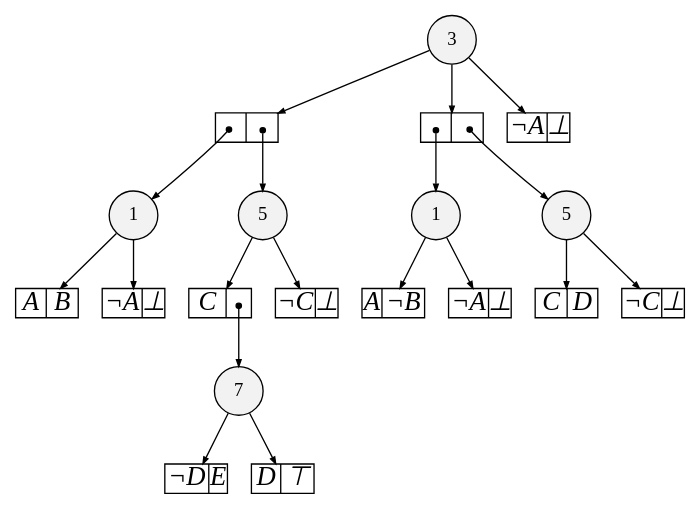
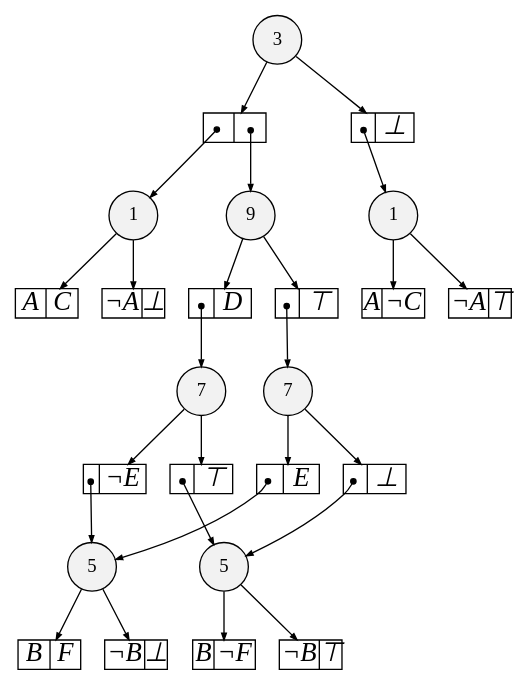
One commit to Soichi-Utsunomiya/FTA-by-SDD changed the diagram in output/sample_sdd.dot. Above: the diagram before and after it, drawn with Graphviz. The commit also changed 16 other files, not shown here.

```diff
--- a/output/sample_sdd.dot
+++ b/output/sample_sdd.dot
@@ -3,90 +3,15 @@
 
 overlap=false
 
-{rank=same; n23 }
-{rank=same; n14 n24 }
 {rank=same; n25 }
-{rank=same; n22 n16 }
+{rank=same; n24 n22 }
+{rank=same; n19 n21 }
+{rank=same; n26 }
+{rank=same; n16 n15 }
 
-n23 [label= "7",style=filled,fillcolor=gray95,shape=circle,height=.25,width=.25]; 
-n23e0
-      [label= "<L>&not;D|<R>E",
-      shape=record,
-      fontsize=20,
-      fontname="Times-Italic",
-      fillcolor=white,
-      style=filled,
-      fixedsize=true,
-      height=.30, 
-      width=.65];
-
-n23->n23e0 [arrowsize=.50];
-n23e1
-      [label= "<L>D|<R>&#8868;",
-      shape=record,
-      fontsize=20,
-      fontname="Times-Italic",
-      fillcolor=white,
-      style=filled,
-      fixedsize=true,
-      height=.30, 
-      width=.65];
-
-n23->n23e1 [arrowsize=.50];
-n14 [label= "5",style=filled,fillcolor=gray95,shape=circle,height=.25,width=.25]; 
-n14e0
-      [label= "<L>C|<R>D",
-      shape=record,
-      fontsize=20,
-      fontname="Times-Italic",
-      fillcolor=white,
-      style=filled,
-      fixedsize=true,
-      height=.30, 
-      width=.65];
-
-n14->n14e0 [arrowsize=.50];
-n14e1
-      [label= "<L>&not;C|<R>&#8869;",
-      shape=record,
-      fontsize=20,
-      fontname="Times-Italic",
-      fillcolor=white,
-      style=filled,
-      fixedsize=true,
-      height=.30, 
-      width=.65];
-
-n14->n14e1 [arrowsize=.50];
-n24 [label= "5",style=filled,fillcolor=gray95,shape=circle,height=.25,width=.25]; 
-n24e0
-      [label= "<L>C|<R>",
-      shape=record,
-      fontsize=20,
-      fontname="Times-Italic",
-      fillcolor=white,
-      style=filled,
-      fixedsize=true,
-      height=.30, 
-      width=.65];
-
-n24->n24e0 [arrowsize=.50];
-n24e0:R:c->n23 [arrowsize=.50,tailclip=false,arrowtail=dot,dir=both];
-n24e1
-      [label= "<L>&not;C|<R>&#8869;",
-      shape=record,
-      fontsize=20,
-      fontname="Times-Italic",
-      fillcolor=white,
-      style=filled,
-      fixedsize=true,
-      height=.30, 
-      width=.65];
-
-n24->n24e1 [arrowsize=.50];
-n25 [label= "3",style=filled,fillcolor=gray95,shape=circle,height=.25,width=.25]; 
+n25 [label= "9",style=filled,fillcolor=gray95,shape=circle,height=.25,width=.25]; 
 n25e0
-      [label= "<L>|<R>",
+      [label= "<L>|<R>D",
       shape=record,
       fontsize=20,
       fontname="Times-Italic",
@@ -97,10 +22,9 @@
       width=.65];
 
 n25->n25e0 [arrowsize=.50];
-n25e0:L:c->n16 [arrowsize=.50,tailclip=false,arrowtail=dot,dir=both];
-n25e0:R:c->n24 [arrowsize=.50,tailclip=false,arrowtail=dot,dir=both];
+n25e0:L:c->n24 [arrowsize=.50,tailclip=false,arrowtail=dot,dir=both];
 n25e1
-      [label= "<L>|<R>",
+      [label= "<L>|<R>&#8868;",
       shape=record,
       fontsize=20,
       fontname="Times-Italic",
@@ -112,9 +36,9 @@
 
 n25->n25e1 [arrowsize=.50];
 n25e1:L:c->n22 [arrowsize=.50,tailclip=false,arrowtail=dot,dir=both];
-n25e1:R:c->n14 [arrowsize=.50,tailclip=false,arrowtail=dot,dir=both];
-n25e2
-      [label= "<L>&not;A|<R>&#8869;",
+n24 [label= "7",style=filled,fillcolor=gray95,shape=circle,height=.25,width=.25]; 
+n24e0
+      [label= "<L>|<R>&not;E",
       shape=record,
       fontsize=20,
       fontname="Times-Italic",
@@ -124,10 +48,24 @@
       height=.30, 
       width=.65];
 
-n25->n25e2 [arrowsize=.50];
-n22 [label= "1",style=filled,fillcolor=gray95,shape=circle,height=.25,width=.25]; 
+n24->n24e0 [arrowsize=.50];
+n24e0:L:c->n19 [arrowsize=.50,tailclip=false,arrowtail=dot,dir=both];
+n24e1
+      [label= "<L>|<R>&#8868;",
+      shape=record,
+      fontsize=20,
+      fontname="Times-Italic",
+      fillcolor=white,
+      style=filled,
+      fixedsize=true,
+      height=.30, 
+      width=.65];
+
+n24->n24e1 [arrowsize=.50];
+n24e1:L:c->n21 [arrowsize=.50,tailclip=false,arrowtail=dot,dir=both];
+n22 [label= "7",style=filled,fillcolor=gray95,shape=circle,height=.25,width=.25]; 
 n22e0
-      [label= "<L>A|<R>&not;B",
+      [label= "<L>|<R>E",
       shape=record,
       fontsize=20,
       fontname="Times-Italic",
@@ -138,8 +76,9 @@
       width=.65];
 
 n22->n22e0 [arrowsize=.50];
+n22e0:L:c->n19 [arrowsize=.50,tailclip=false,arrowtail=dot,dir=both];
 n22e1
-      [label= "<L>&not;A|<R>&#8869;",
+      [label= "<L>|<R>&#8869;",
       shape=record,
       fontsize=20,
       fontname="Times-Italic",
@@ -150,9 +89,88 @@
       width=.65];
 
 n22->n22e1 [arrowsize=.50];
+n22e1:L:c->n21 [arrowsize=.50,tailclip=false,arrowtail=dot,dir=both];
+n19 [label= "5",style=filled,fillcolor=gray95,shape=circle,height=.25,width=.25]; 
+n19e0
+      [label= "<L>B|<R>F",
+      shape=record,
+      fontsize=20,
+      fontname="Times-Italic",
+      fillcolor=white,
+      style=filled,
+      fixedsize=true,
+      height=.30, 
+      width=.65];
+
+n19->n19e0 [arrowsize=.50];
+n19e1
+      [label= "<L>&not;B|<R>&#8869;",
+      shape=record,
+      fontsize=20,
+      fontname="Times-Italic",
+      fillcolor=white,
+      style=filled,
+      fixedsize=true,
+      height=.30, 
+      width=.65];
+
+n19->n19e1 [arrowsize=.50];
+n21 [label= "5",style=filled,fillcolor=gray95,shape=circle,height=.25,width=.25]; 
+n21e0
+      [label= "<L>B|<R>&not;F",
+      shape=record,
+      fontsize=20,
+      fontname="Times-Italic",
+      fillcolor=white,
+      style=filled,
+      fixedsize=true,
+      height=.30, 
+      width=.65];
+
+n21->n21e0 [arrowsize=.50];
+n21e1
+      [label= "<L>&not;B|<R>&#8868;",
+      shape=record,
+      fontsize=20,
+      fontname="Times-Italic",
+      fillcolor=white,
+      style=filled,
+      fixedsize=true,
+      height=.30, 
+      width=.65];
+
+n21->n21e1 [arrowsize=.50];
+n26 [label= "3",style=filled,fillcolor=gray95,shape=circle,height=.25,width=.25]; 
+n26e0
+      [label= "<L>|<R>",
+      shape=record,
+      fontsize=20,
+      fontname="Times-Italic",
+      fillcolor=white,
+      style=filled,
+      fixedsize=true,
+      height=.30, 
+      width=.65];
+
+n26->n26e0 [arrowsize=.50];
+n26e0:L:c->n15 [arrowsize=.50,tailclip=false,arrowtail=dot,dir=both];
+n26e0:R:c->n25 [arrowsize=.50,tailclip=false,arrowtail=dot,dir=both];
+n26e1
+      [label= "<L>|<R>&#8869;",
+      shape=record,
+      fontsize=20,
+      fontname="Times-Italic",
+      fillcolor=white,
+      style=filled,
+      fixedsize=true,
+      height=.30, 
+      width=.65];
+
+n26->n26e1 [arrowsize=.50];
+n26e1:L:c->n16 [arrowsize=.50,tailclip=false,arrowtail=dot,dir=both];
 n16 [label= "1",style=filled,fillcolor=gray95,shape=circle,height=.25,width=.25]; 
 n16e0
-      [label= "<L>A|<R>B",
+      [label= "<L>A|<R>&not;C",
       shape=record,
       fontsize=20,
       fontname="Times-Italic",
@@ -164,6 +182,31 @@
 
 n16->n16e0 [arrowsize=.50];
 n16e1
+      [label= "<L>&not;A|<R>&#8868;",
+      shape=record,
+      fontsize=20,
+      fontname="Times-Italic",
+      fillcolor=white,
+      style=filled,
+      fixedsize=true,
+      height=.30, 
+      width=.65];
+
+n16->n16e1 [arrowsize=.50];
+n15 [label= "1",style=filled,fillcolor=gray95,shape=circle,height=.25,width=.25]; 
+n15e0
+      [label= "<L>A|<R>C",
+      shape=record,
+      fontsize=20,
+      fontname="Times-Italic",
+      fillcolor=white,
+      style=filled,
+      fixedsize=true,
+      height=.30, 
+      width=.65];
+
+n15->n15e0 [arrowsize=.50];
+n15e1
       [label= "<L>&not;A|<R>&#8869;",
       shape=record,
       fontsize=20,
@@ -174,7 +217,7 @@
       height=.30, 
       width=.65];
 
-n16->n16e1 [arrowsize=.50];
+n15->n15e1 [arrowsize=.50];
 
 
 }
```
